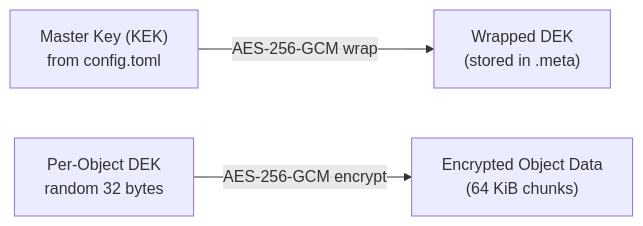
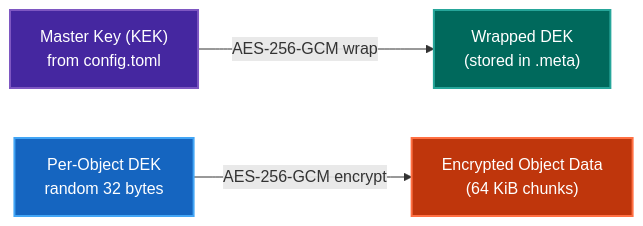
One commit to dxc-technology/arca changed the diagram in documentation/docs/guide/encryption.md. Above: the diagram before and after it, drawn with Mermaid. The commit also changed 26 other files, not shown here.

First line of the commit message:
Fix Mermaid diagram contrast in light/dark themes

````diff
--- a/documentation/docs/guide/encryption.md
+++ b/documentation/docs/guide/encryption.md
@@ -57,5 +57,10 @@
 ```mermaid
 flowchart LR
     KEK["Master Key (KEK)<br/>from config.toml"] -- "AES-256-GCM wrap" --> WDEK["Wrapped DEK<br/>(stored in .meta)"]
     DEK["Per-Object DEK<br/>random 32 bytes"] -- "AES-256-GCM encrypt" --> DATA["Encrypted Object Data<br/>(64 KiB chunks)"]
+
+    style KEK fill:#4527a0,stroke:#7e57c2,stroke-width:2px,color:#fff
+    style WDEK fill:#00695c,stroke:#26a69a,stroke-width:2px,color:#fff
+    style DEK fill:#1565c0,stroke:#42a5f5,stroke-width:2px,color:#fff
+    style DATA fill:#bf360c,stroke:#ff7043,stroke-width:2px,color:#fff
 ```
````
